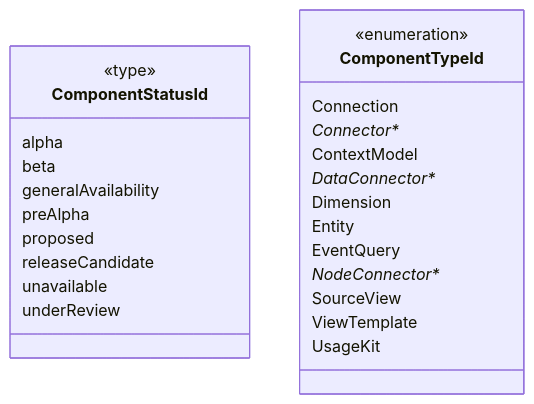
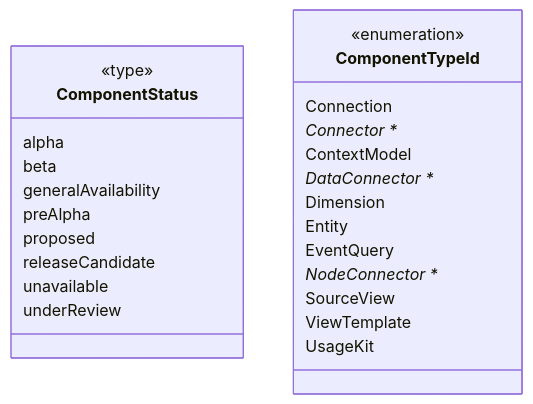
Before and after one commit to data-positioning/datapos-shared: the second of 14 diagrams in README.md, drawn with Mermaid. The commit also changed other lines of this file and 2 other files, not shown here.

````diff
--- a/README.md
+++ b/README.md
@@ -38,31 +38,31 @@
 ```mermaid
 classDiagram
     direction TB
 
-    class ComponentStatusId {
+    class ComponentStatus {
         <<type>>
         alpha
         beta
         generalAvailability
         preAlpha
         proposed
         releaseCandidate
         unavailable
         underReview
     }
 
     class ComponentTypeId {
         <<enumeration>>
         Connection
-        Connector**
+        Connector **
         ContextModel
-        DataConnector**
+        DataConnector **
         Dimension
         Entity
         EventQuery
-        NodeConnector**
+        NodeConnector **
         SourceView
         ViewTemplate
         UsageKit
     }
 ```
````
